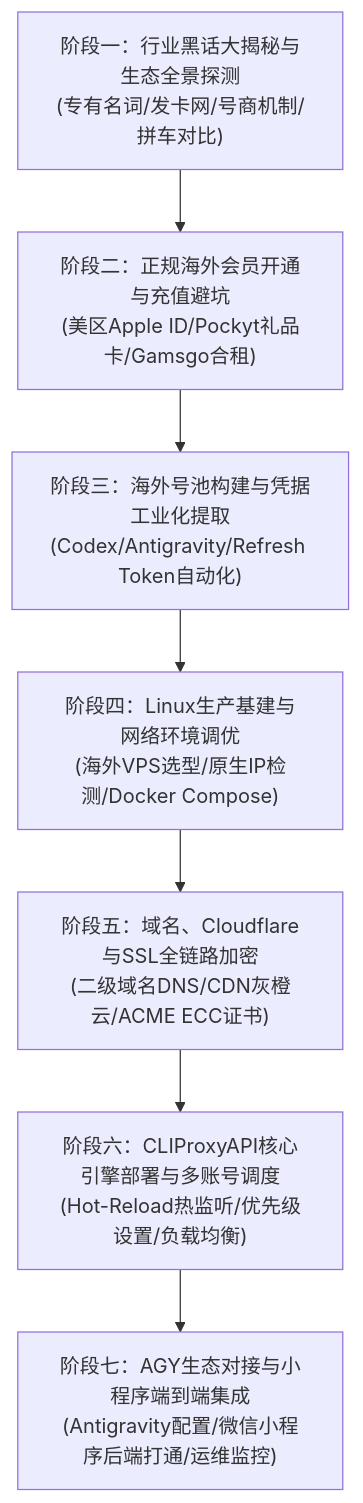
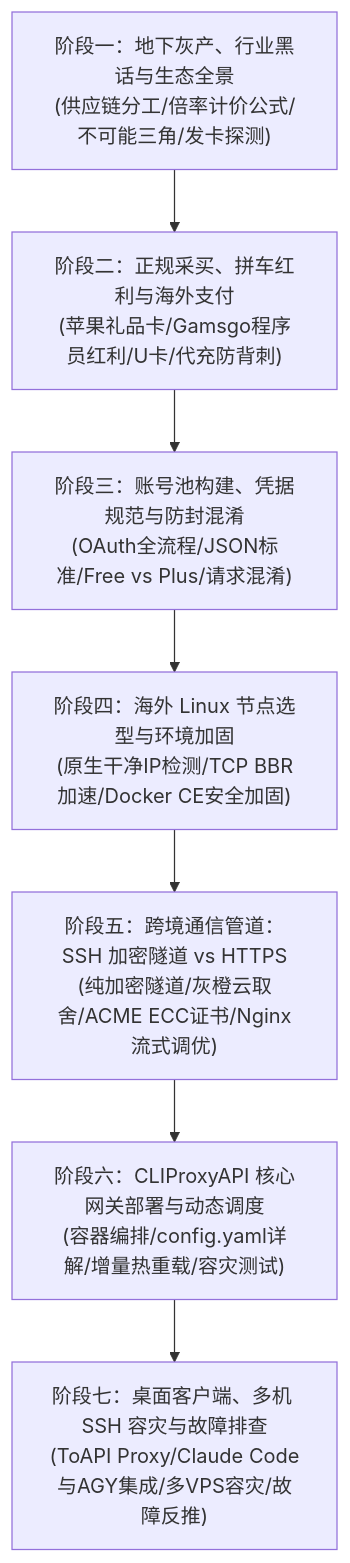
The diagram in docs/source/courses/ai_reverse_proxy_and_account_pool/index.md (ponyletter/py310sphinx_knowledge), drawn with Mermaid before and after one commit. The commit also changed other lines of this file and 7 other files, not shown here.

````diff
--- a/docs/source/courses/ai_reverse_proxy_and_account_pool/index.md
+++ b/docs/source/courses/ai_reverse_proxy_and_account_pool/index.md
@@ -21,12 +23,12 @@
 ```mermaid
 flowchart TD
-    S1["阶段一：行业黑话大揭秘与生态全景探测\n(专有名词/发卡网/号商机制/拼车对比)"]
-    S2["阶段二：正规海外会员开通与充值避坑\n(美区Apple ID/Pockyt礼品卡/Gamsgo合租)"]
-    S3["阶段三：海外号池构建与凭据工业化提取\n(Codex/Antigravity/Refresh Token自动化)"]
-    S4["阶段四：Linux生产基建与网络环境调优\n(海外VPS选型/原生IP检测/Docker Compose)"]
-    S5["阶段五：域名、Cloudflare与SSL全链路加密\n(二级域名DNS/CDN灰橙云/ACME ECC证书)"]
-    S6["阶段六：CLIProxyAPI核心引擎部署与多账号调度\n(Hot-Reload热监听/优先级设置/负载均衡)"]
-    S7["阶段七：AGY生态对接与小程序端到端集成\n(Antigravity配置/微信小程序后端打通/运维监控)"]
+    S1["阶段一：地下灰产、行业黑话与生态全景<br/>(供应链分工/倍率计价公式/不可能三角/发卡探测)"]
+    S2["阶段二：正规采买、拼车红利与海外支付<br/>(苹果礼品卡/Gamsgo程序员红利/U卡/代充防背刺)"]
+    S3["阶段三：账号池构建、凭据规范与防封混淆<br/>(OAuth全流程/JSON标准/Free vs Plus/请求混淆)"]
+    S4["阶段四：海外 Linux 节点选型与环境加固<br/>(原生干净IP检测/TCP BBR加速/Docker CE安全加固)"]
+    S5["阶段五：跨境通信管道：SSH 加密隧道 vs HTTPS<br/>(纯加密隧道/灰橙云取舍/ACME ECC证书/Nginx流式调优)"]
+    S6["阶段六：CLIProxyAPI 核心网关部署与动态调度<br/>(容器编排/config.yaml详解/增量热重载/容灾测试)"]
+    S7["阶段七：桌面客户端、多机 SSH 容灾与故障排查<br/>(ToAPI Proxy/Claude Code与AGY集成/多VPS容灾/故障反推)"]
 
     S1 --> S2 --> S3 --> S4 --> S5 --> S6 --> S7
 ```
````
